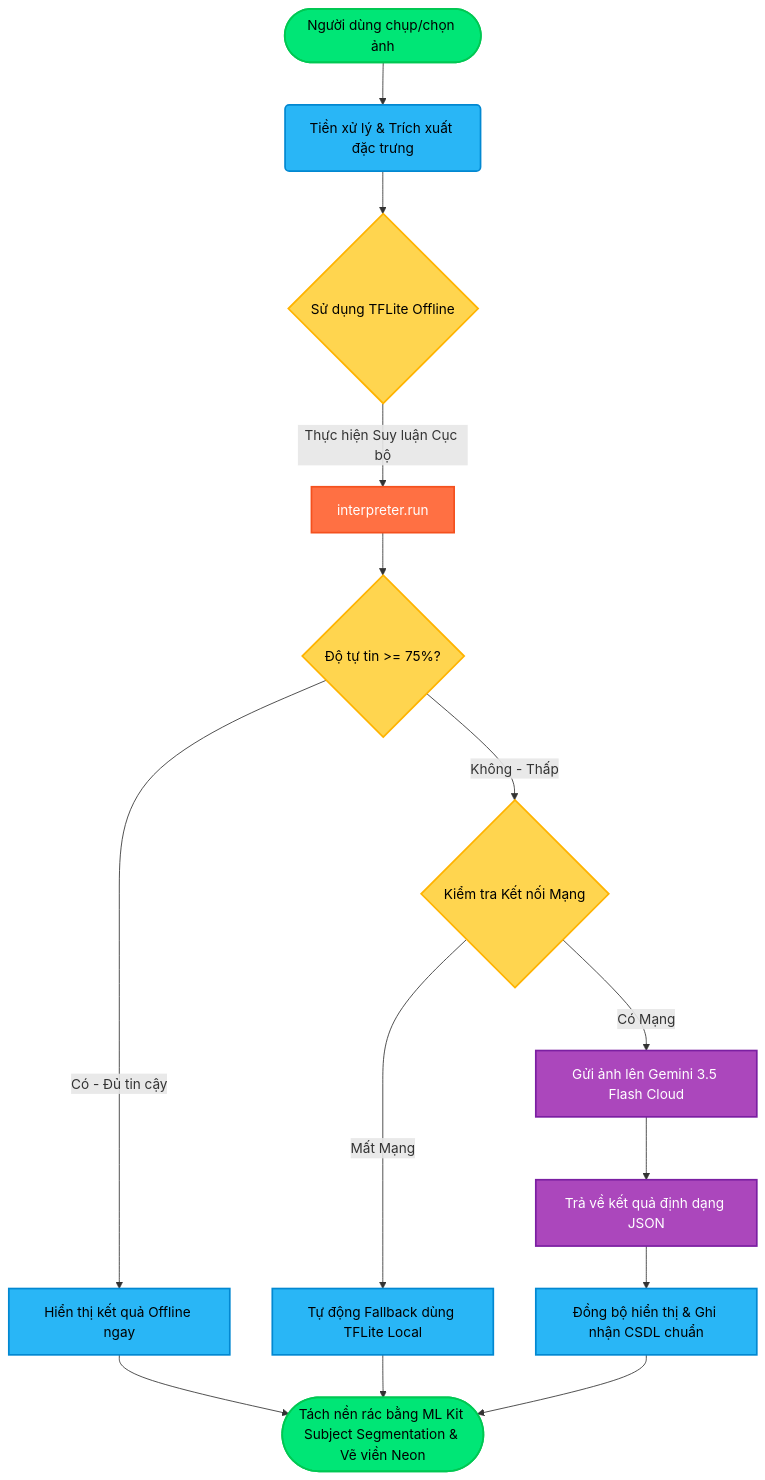
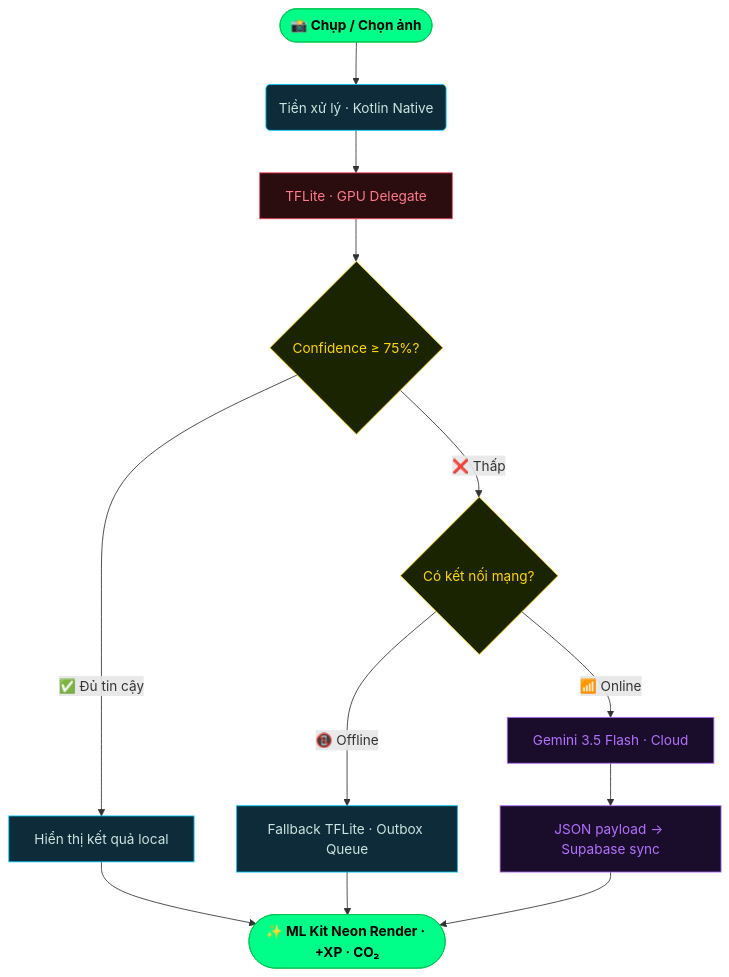
One commit to gbao86/AI_Garbage_Classification_Application changed the second of 2 diagrams in README.md. Above: the diagram before and after it, drawn with Mermaid. The commit also changed other lines of this file, not shown here.

````diff
--- a/README.md
+++ b/README.md
@@ -64,33 +75,20 @@
 ```mermaid
 graph TD
-    classDef startEnd fill:#00E676,stroke:#00C853,stroke-width:2px,color:#000;
-    classDef process fill:#29B6F6,stroke:#0288D1,stroke-width:2px,color:#000;
-    classDef decision fill:#FFD54F,stroke:#FFB300,stroke-width:2px,color:#000;
-    classDef cloud fill:#AB47BC,stroke:#7B1FA2,stroke-width:2px,color:#fff;
-    classDef local fill:#FF7043,stroke:#F4511E,stroke-width:2px,color:#fff;
+    classDef start   fill:#00ff88,stroke:#00c853,color:#000,font-weight:bold
+    classDef process fill:#0d2b38,stroke:#00c9ff,color:#cde4e0
+    classDef decide  fill:#1a2400,stroke:#ffd600,color:#ffd600
+    classDef cloud   fill:#1a0d2b,stroke:#b46fff,color:#b46fff
+    classDef local   fill:#2b0d10,stroke:#ff3d5a,color:#ff7a8a
 
-    A([Người dùng chụp/chọn ảnh]) --> B(Tiền xử lý & Trích xuất đặc trưng)
-    B --> C{Sử dụng TFLite Offline}:::decision
-    
-    C -->|Thực hiện Suy luận Cục bộ| D[interpreter.run]:::local
-    D --> E{Độ tự tin >= 75%?}:::decision
-    
-    E -->|Có - Đủ tin cậy| F[Hiển thị kết quả Offline ngay]:::process
-    E -->|Không - Thấp| G{Kiểm tra Kết nối Mạng}:::decision
-    
-    G -->|Có Mạng| H[Gửi ảnh lên Gemini 3.5 Flash Cloud]:::cloud
-    G -->|Mất Mạng| I[Tự động Fallback dùng TFLite Local]:::process
-    
-    H --> J[Trả về kết quả định dạng JSON]:::cloud
-    J --> K[Đồng bộ hiển thị & Ghi nhận CSDL chuẩn]:::process
-    
-    F --> L([Tách nền rác bằng ML Kit Subject Segmentation & Vẽ viền Neon])
+    A([📸 Chụp / Chọn ảnh]):::start --> B(Tiền xử lý · Kotlin Native):::process
+    B --> D[TFLite · GPU Delegate]:::local
+    D --> E{Confidence ≥ 75%?}:::decide
+    E -->|✅ Đủ tin cậy| F[Hiển thị kết quả local]:::process
+    E -->|❌ Thấp| G{Có kết nối mạng?}:::decide
+    G -->|📶 Online| H[Gemini 3.5 Flash · Cloud]:::cloud
+    G -->|📵 Offline| I[Fallback TFLite · Outbox Queue]:::process
+    H --> J[JSON payload → Supabase sync]:::cloud
+    F --> L([✨ ML Kit Neon Render · +XP · CO₂]):::start
     I --> L
-    K --> L
-    
-    class A,L startEnd;
-    class B,F,I,K process;
-    class C,E,G decision;
-    class H,J cloud;
-    class D local;
+    J --> L
 ```
````
